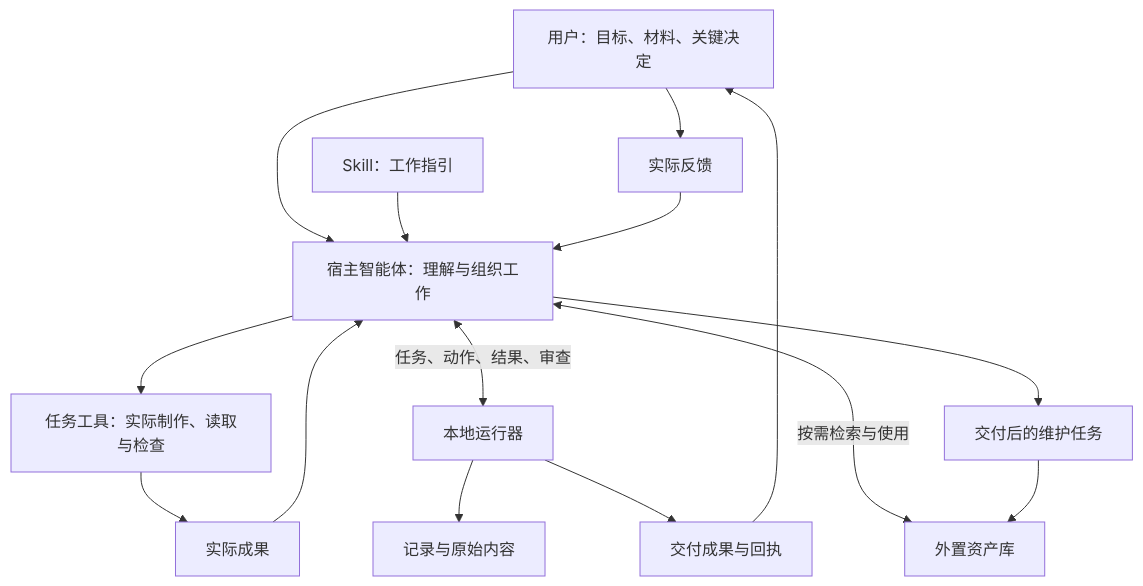
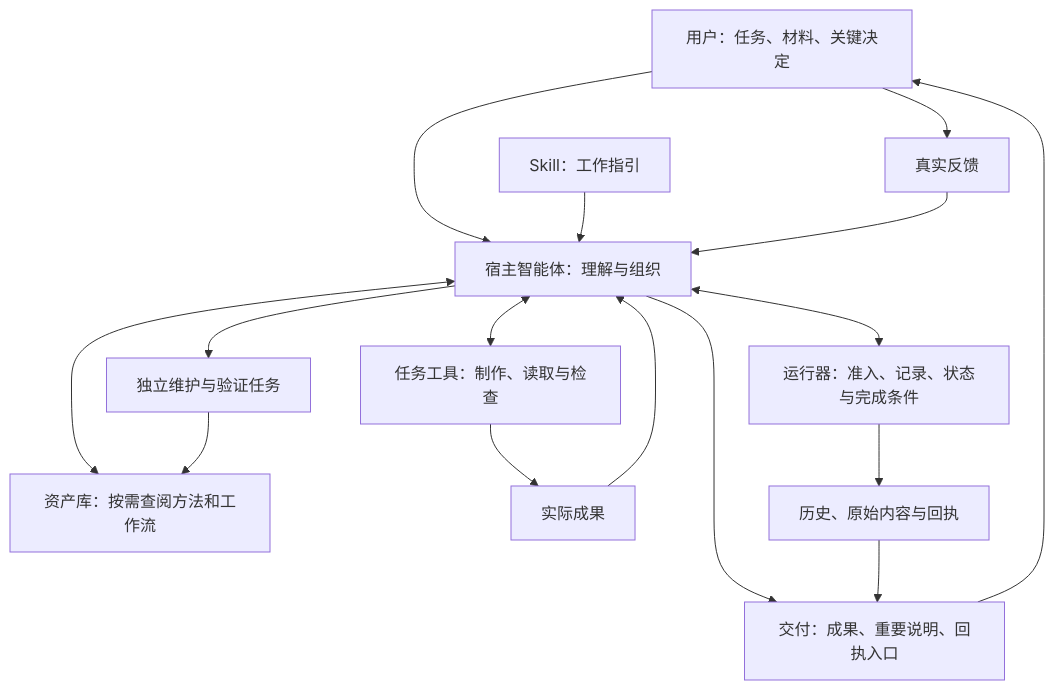
The first of 2 diagrams in docs/guides/understanding-astrofairy.md (Etoileint/AstroFairy), drawn with Mermaid before and after one commit. The commit also changed other lines of this file and 223 other files, not shown here.

````diff
--- a/docs/guides/understanding-astrofairy.md
+++ b/docs/guides/understanding-astrofairy.md
@@ -54,17 +47,18 @@
 ```mermaid
 flowchart TD
-    U[用户：目标、材料、关键决定] --> H[宿主智能体：理解与组织工作]
+    U[用户：任务、材料、关键决定] --> H[宿主智能体：理解与组织]
     S[Skill：工作指引] --> H
-    H --> T[任务工具：实际制作、读取与检查]
-    H <-->|任务、动作、结果、审查| R[本地运行器]
-    R --> E[记录与原始内容]
-    H <-->|按需检索与使用| L[外置资产库]
+    H <--> R[运行器：准入、记录、状态与完成条件]
+    H <--> T[任务工具：制作、读取与检查]
+    H <--> L[资产库：按需查阅方法和工作流]
     T --> O[实际成果]
     O --> H
-    R --> D[交付成果与回执]
+    R --> E[历史、原始内容与回执]
+    H --> D[交付：成果、重要说明、回执入口]
+    E --> D
     D --> U
-    U --> F[实际反馈]
+    U --> F[真实反馈]
     F --> H
-    H --> M[交付后的维护任务]
+    H --> M[独立维护与验证任务]
     M --> L
 ```
````
